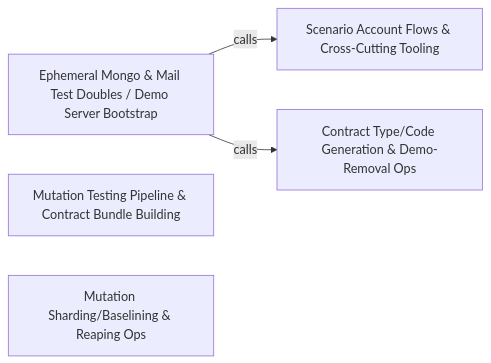
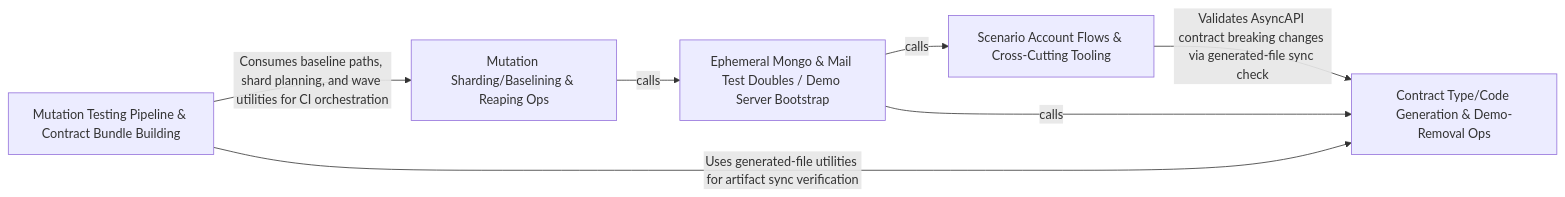
One commit to Guebbit/boilerplate-node-backend changed the diagram in .2brain/arch/Scenario_Support_Test_Doubles.md. Above: the diagram before and after it, drawn with Mermaid. The commit also changed other lines of this file and 627 other files, not shown here.

````diff
--- a/.2brain/arch/Scenario_Support_Test_Doubles.md
+++ b/.2brain/arch/Scenario_Support_Test_Doubles.md
@@ -10,15 +10,19 @@
 ```mermaid
 graph LR
     Scenario_Account_Flows_Cross_Cutting_Tooling["Scenario Account Flows & Cross-Cutting Tooling"]
     Ephemeral_Mongo_Mail_Test_Doubles_Demo_Server_Bootstrap["Ephemeral Mongo & Mail Test Doubles / Demo Server Bootstrap"]
     Mutation_Testing_Pipeline_Contract_Bundle_Building["Mutation Testing Pipeline & Contract Bundle Building"]
     Contract_Type_Code_Generation_Demo_Removal_Ops["Contract Type/Code Generation & Demo-Removal Ops"]
     Mutation_Sharding_Baselining_Reaping_Ops["Mutation Sharding/Baselining & Reaping Ops"]
+    Scenario_Account_Flows_Cross_Cutting_Tooling -- "Validates AsyncAPI contract breaking changes via generated-file sync check" --> Contract_Type_Code_Generation_Demo_Removal_Ops
     Ephemeral_Mongo_Mail_Test_Doubles_Demo_Server_Bootstrap -- "calls" --> Scenario_Account_Flows_Cross_Cutting_Tooling
     Ephemeral_Mongo_Mail_Test_Doubles_Demo_Server_Bootstrap -- "calls" --> Contract_Type_Code_Generation_Demo_Removal_Ops
+    Mutation_Testing_Pipeline_Contract_Bundle_Building -- "Uses generated-file utilities for artifact sync verification" --> Contract_Type_Code_Generation_Demo_Removal_Ops
+    Mutation_Testing_Pipeline_Contract_Bundle_Building -- "Consumes baseline paths, shard planning, and wave utilities for CI orchestration" --> Mutation_Sharding_Baselining_Reaping_Ops
+    Mutation_Sharding_Baselining_Reaping_Ops -- "calls" --> Ephemeral_Mongo_Mail_Test_Doubles_Demo_Server_Bootstrap
     click Scenario_Account_Flows_Cross_Cutting_Tooling href "./Scenario_Account_Flows_Cross_Cutting_Tooling.md" "Details"
     click Ephemeral_Mongo_Mail_Test_Doubles_Demo_Server_Bootstrap href "./Ephemeral_Mongo_Mail_Test_Doubles_Demo_Server_Bootstrap.md" "Details"
     click Mutation_Testing_Pipeline_Contract_Bundle_Building href "./Mutation_Testing_Pipeline_Contract_Bundle_Building.md" "Details"
     click Contract_Type_Code_Generation_Demo_Removal_Ops href "./Contract_Type_Code_Generation_Demo_Removal_Ops.md" "Details"
     click Mutation_Sharding_Baselining_Reaping_Ops href "./Mutation_Sharding_Baselining_Reaping_Ops.md" "Details"
 ```
````
